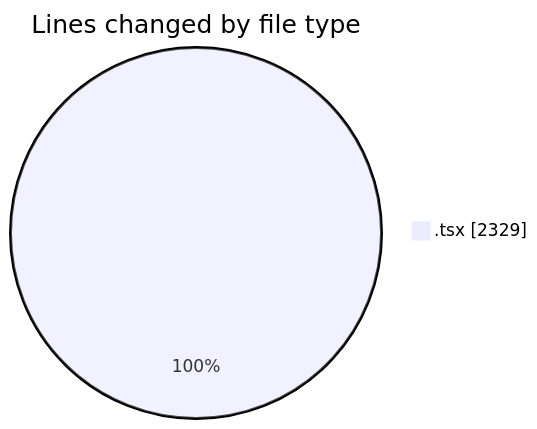
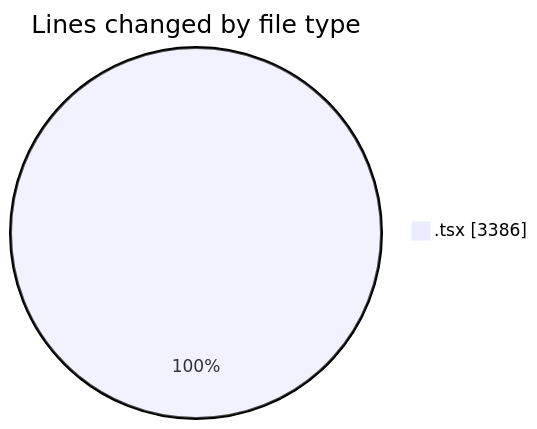
One commit to nxtqubesakshisongat/code-tracking changed the first of 2 diagrams in 2026-06-08/nxtqube_webapp/README.md. Above: the diagram before and after it, drawn with Mermaid. The commit also changed other lines of this file and 1 other file, not shown here.

````diff
--- a/2026-06-08/nxtqube_webapp/README.md
+++ b/2026-06-08/nxtqube_webapp/README.md
@@ -22,5 +23,5 @@
 ```mermaid
 pie showData
 title Lines changed by file type
-".tsx" : 2329
+".tsx" : 3386
 ```
````
